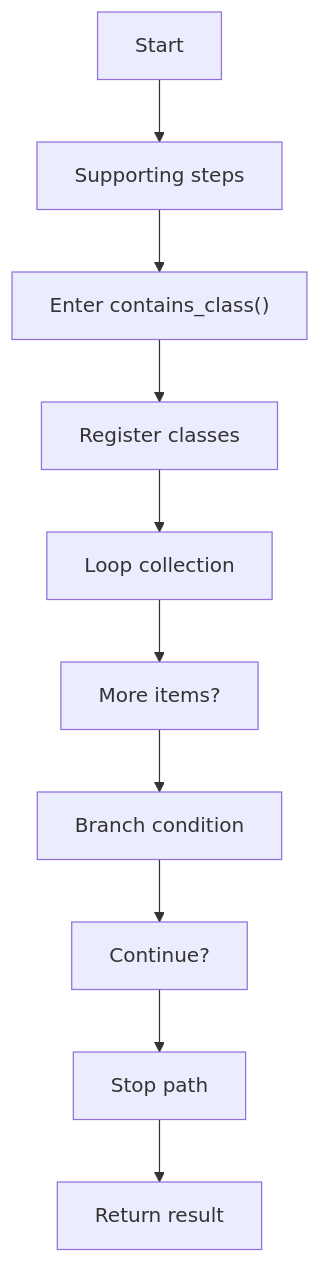
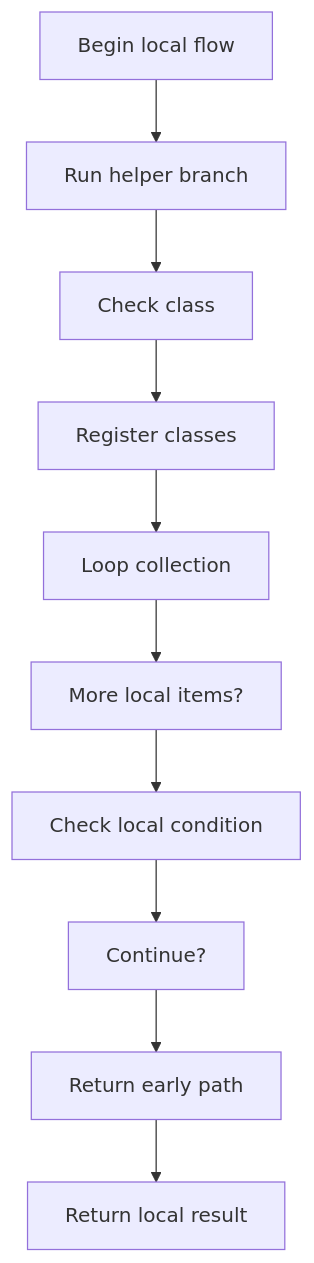
The first of 7 diagrams in docs/Codebase/Microservice/Modules/Source/Analysis/Lexical/StructuralHooks/Flow/lexical_structure_hooks_program_flow.cpp.md (JohnAndrewBalbarosa/NeoTerritory), drawn with Mermaid before and after one commit. The commit also changed other lines of this file and 925 other files, not shown here.

````diff
--- a/docs/Codebase/Microservice/Modules/Source/Analysis/Lexical/StructuralHooks/Flow/lexical_structure_hooks_program_flow.cpp.md
+++ b/docs/Codebase/Microservice/Modules/Source/Analysis/Lexical/StructuralHooks/Flow/lexical_structure_hooks_program_flow.cpp.md
@@ -15,22 +15,22 @@
 ```mermaid
 flowchart TD
-    N0["Start"]
-    N1["Supporting steps"]
-    N2["Enter contains_class()"]
+    N0["Begin local flow"]
+    N1["Run helper branch"]
+    N2["Check class"]
     N3["Register classes"]
     N4["Loop collection"]
-    N5["More items?"]
-    N6["Branch condition"]
+    N5["More local items?"]
+    N6["Check local condition"]
     N7["Continue?"]
-    N8["Stop path"]
-    N9["Return result"]
+    N8["Return early path"]
+    N9["Return local result"]
     N0 --> N1
     N1 --> N2
     N2 --> N3
     N3 --> N4
     N4 --> N5
     N5 --> N6
     N6 --> N7
     N7 --> N8
     N8 --> N9
 ```
````
